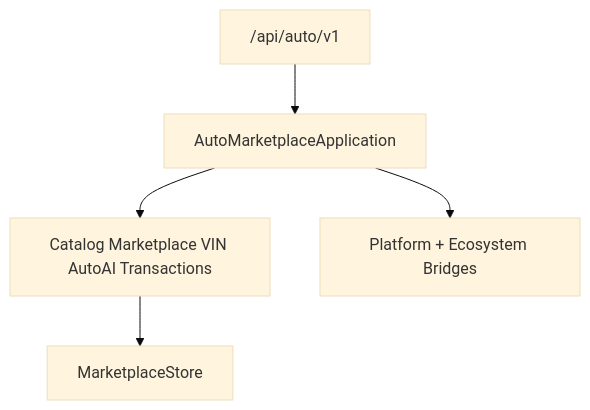
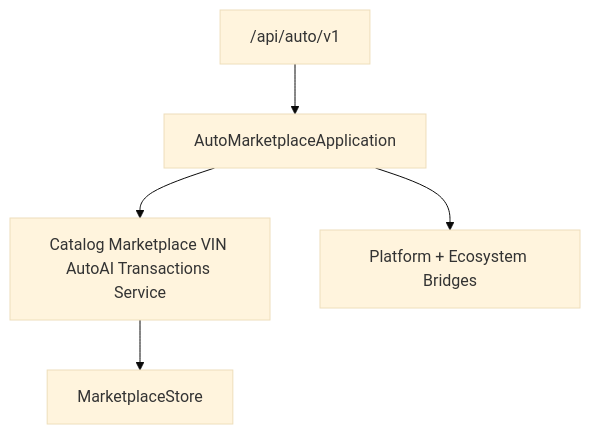
One commit to okeysiri11/telegram-ai-crm-bot changed the diagram in docs/AUTO_MARKETPLACE.md. Above: the diagram before and after it, drawn with Mermaid (base theme). The commit also changed other lines of this file and 45 other files, not shown here.

````diff
--- a/docs/AUTO_MARKETPLACE.md
+++ b/docs/AUTO_MARKETPLACE.md
@@ -21,10 +20,10 @@
 ```mermaid
 flowchart TB
     API["/api/auto/v1"]
     App[AutoMarketplaceApplication]
-    Domains[Catalog Marketplace VIN AutoAI Transactions]
+    Domains[Catalog Marketplace VIN AutoAI Transactions Service]
     Bridges[Platform + Ecosystem Bridges]
     Store[MarketplaceStore]
     API --> App --> Domains --> Store
     App --> Bridges
 ```
````
